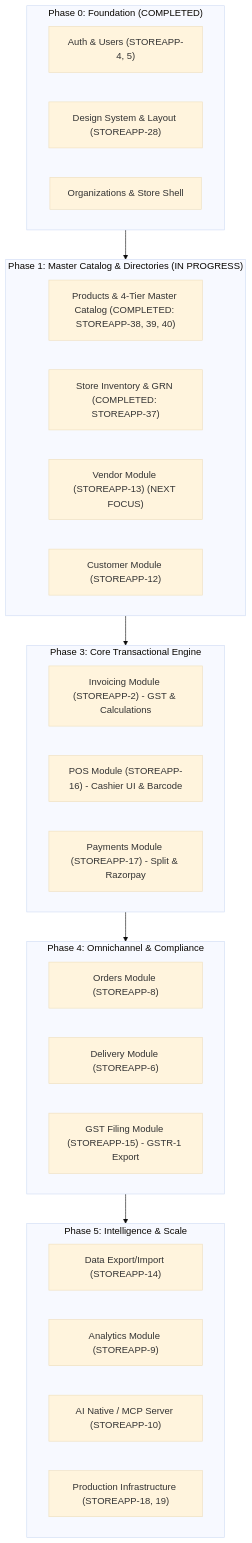
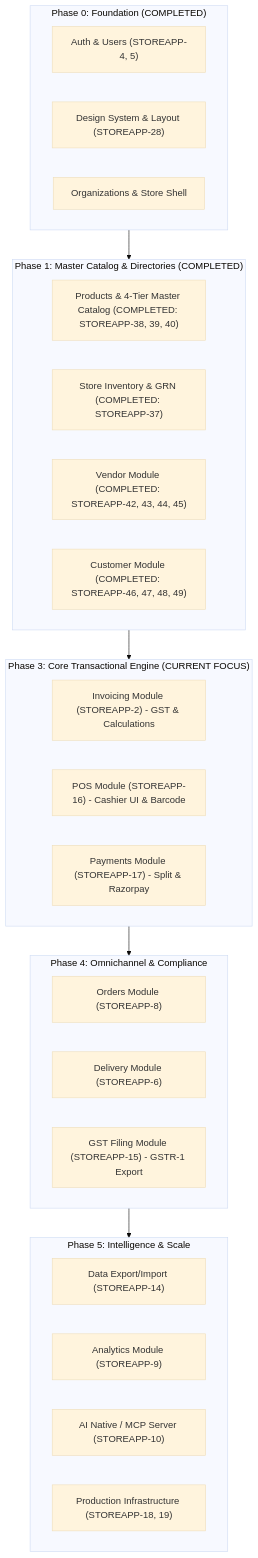
Before and after one commit to kartset/store-app: the diagram in docs/implementation_roadmap_and_module_requirements.md, drawn with Mermaid (base theme). The commit also changed other lines of this file and 3 other files, not shown here.

Commit message:
STOREAPP-12: sync local architecture docs and module roadmap for vendor and customer modules

````diff
--- a/docs/implementation_roadmap_and_module_requirements.md
+++ b/docs/implementation_roadmap_and_module_requirements.md
@@ -16,39 +17,39 @@
 ```mermaid
 flowchart TD
     subgraph P0 ["Phase 0: Foundation (COMPLETED)"]
         AUTH["Auth & Users (STOREAPP-4, 5)"]
         UI["Design System & Layout (STOREAPP-28)"]
         BASE["Organizations & Store Shell"]
     end
 
-    subgraph P1 ["Phase 1: Master Catalog & Directories (IN PROGRESS)"]
+    subgraph P1 ["Phase 1: Master Catalog & Directories (COMPLETED)"]
         PROD["Products & 4-Tier Master Catalog (COMPLETED: STOREAPP-38, 39, 40)"]
         INV["Store Inventory & GRN (COMPLETED: STOREAPP-37)"]
-        VEND["Vendor Module (STOREAPP-13) (NEXT FOCUS)"]
-        CUST["Customer Module (STOREAPP-12)"]
+        VEND["Vendor Module (COMPLETED: STOREAPP-42, 43, 44, 45)"]
+        CUST["Customer Module (COMPLETED: STOREAPP-46, 47, 48, 49)"]
     end
 
-    subgraph P3 ["Phase 3: Core Transactional Engine"]
+    subgraph P3 ["Phase 3: Core Transactional Engine (CURRENT FOCUS)"]
         INVOICE["Invoicing Module (STOREAPP-2) - GST & Calculations"]
         POS["POS Module (STOREAPP-16) - Cashier UI & Barcode"]
         PAY["Payments Module (STOREAPP-17) - Split & Razorpay"]
     end
 
     subgraph P4 ["Phase 4: Omnichannel & Compliance"]
         ORDERS["Orders Module (STOREAPP-8)"]
         DELIVERY["Delivery Module (STOREAPP-6)"]
         GST["GST Filing Module (STOREAPP-15) - GSTR-1 Export"]
     end
 
     subgraph P5 ["Phase 5: Intelligence & Scale"]
         ETL["Data Export/Import (STOREAPP-14)"]
         ANALYTICS["Analytics Module (STOREAPP-9)"]
         MCP["AI Native / MCP Server (STOREAPP-10)"]
         DEPLOY["Production Infrastructure (STOREAPP-18, 19)"]
     end
 
     P0 --> P1
     P1 --> P3
     P3 --> P4
     P4 --> P5
 ```
````
